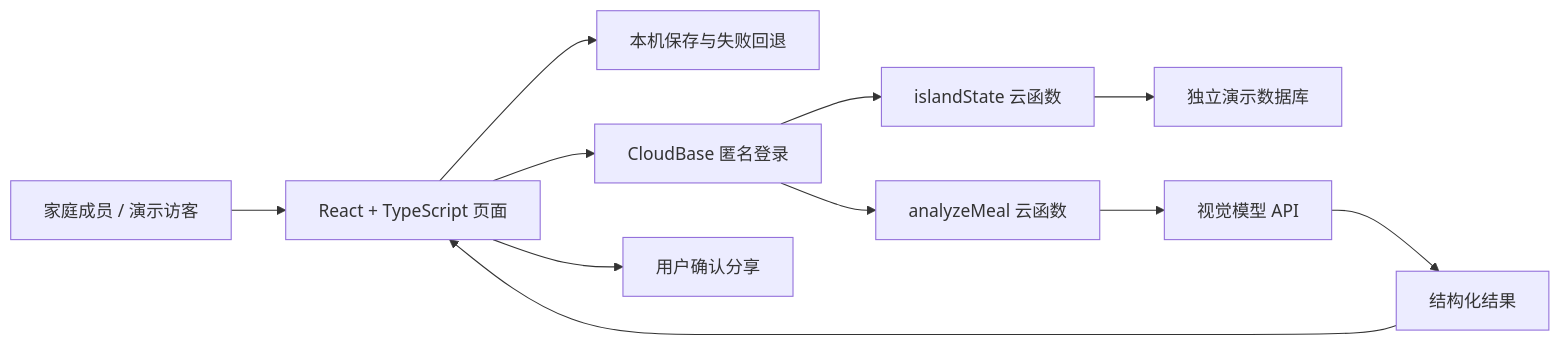
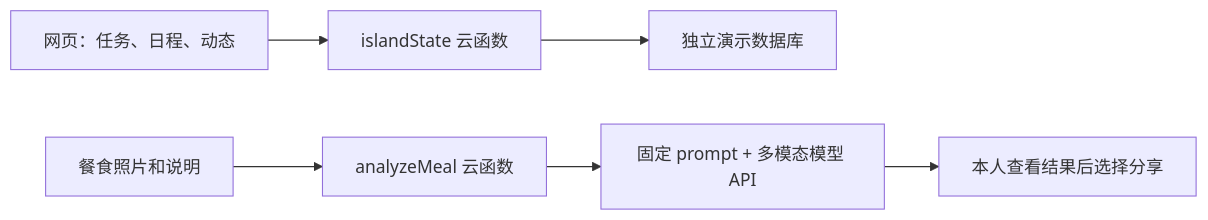
Before and after one commit to yusi21-bot/sunny-island: the diagram in README.md, drawn with Mermaid. The commit also changed other lines of this file and 14 other files, not shown here.

````diff
--- a/README.md
+++ b/README.md
@@ -61,13 +61,8 @@
 ```mermaid
 flowchart LR
-  U[家庭成员 / 演示访客] --> UI[React + TypeScript 页面]
-  UI --> L[本机保存与失败回退]
-  UI --> A[CloudBase 匿名登录]
-  A --> S[islandState 云函数]
-  S --> D[独立演示数据库]
-  A --> M[analyzeMeal 云函数]
-  M --> V[视觉模型 API]
-  V --> R[结构化结果]
-  R --> UI
-  UI --> C[用户确认分享]
+  A[网页：任务、日程、动态] --> B[islandState 云函数]
+  B --> C[独立演示数据库]
+  D[餐食照片和说明] --> E[analyzeMeal 云函数]
+  E --> F[固定 prompt + 多模态模型 API]
+  F --> G[本人查看结果后选择分享]
 ```
````
